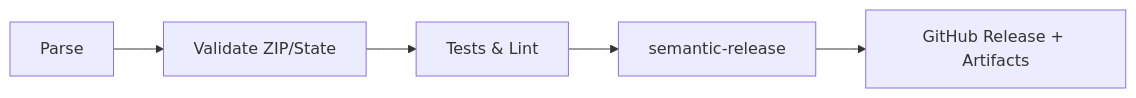
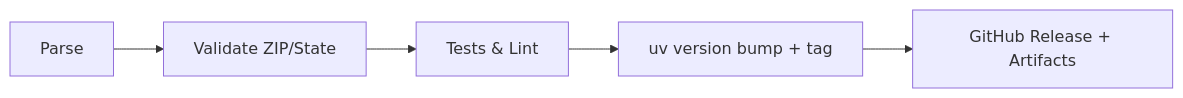
The diagram in README.md (Abstract-Data/RyanData-Address-Utils), drawn with Mermaid before and after one commit. The commit also changed other lines of this file and 13 other files, not shown here.

Commit message:
chore: bump version to 0.4.0 and add uv bump workflow

````diff
--- a/README.md
+++ b/README.md
@@ -117,7 +164,7 @@
 ```mermaid
 flowchart LR
     parseStep[Parse] --> validateStep[Validate ZIP/State]
     validateStep --> testsStep[Tests & Lint]
-    testsStep --> releaseStep[semantic-release]
+    testsStep --> releaseStep[uv version bump + tag]
     releaseStep --> githubRelease[GitHub Release + Artifacts]
 ```
````
